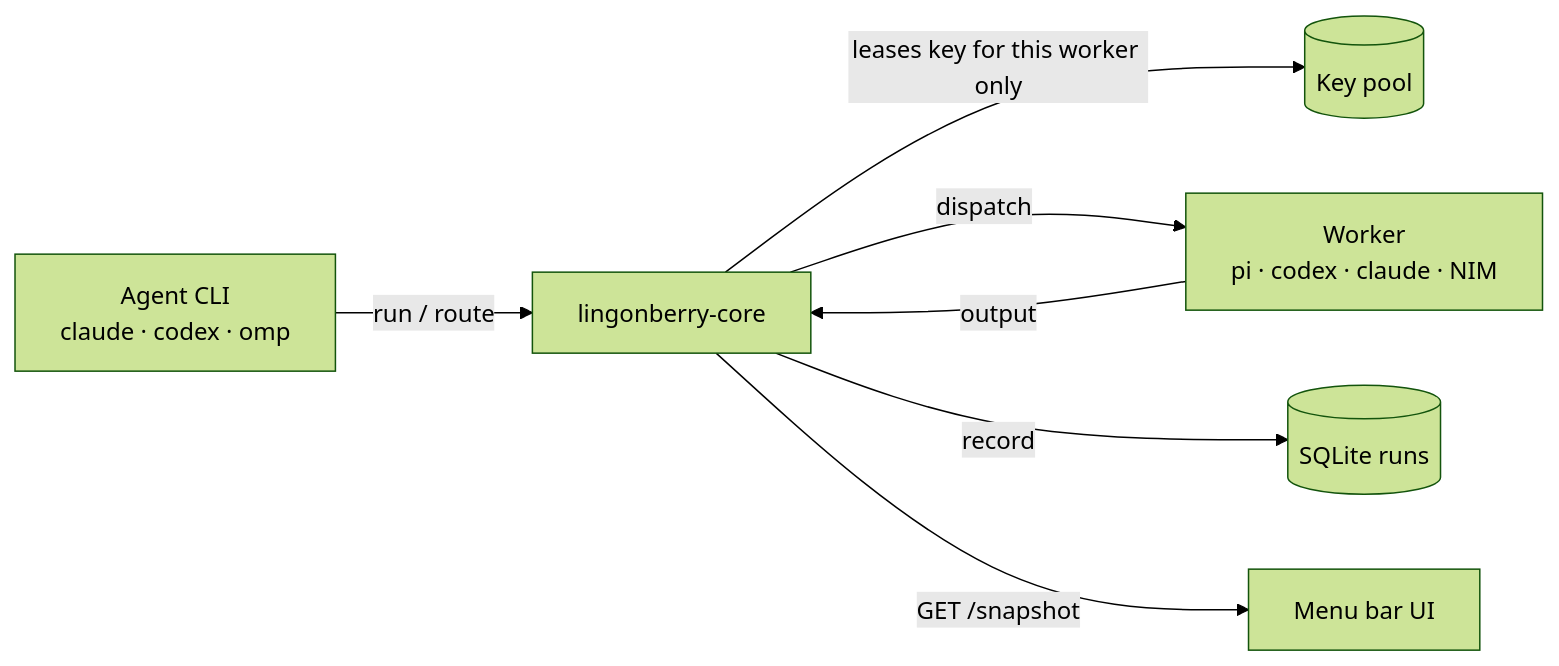
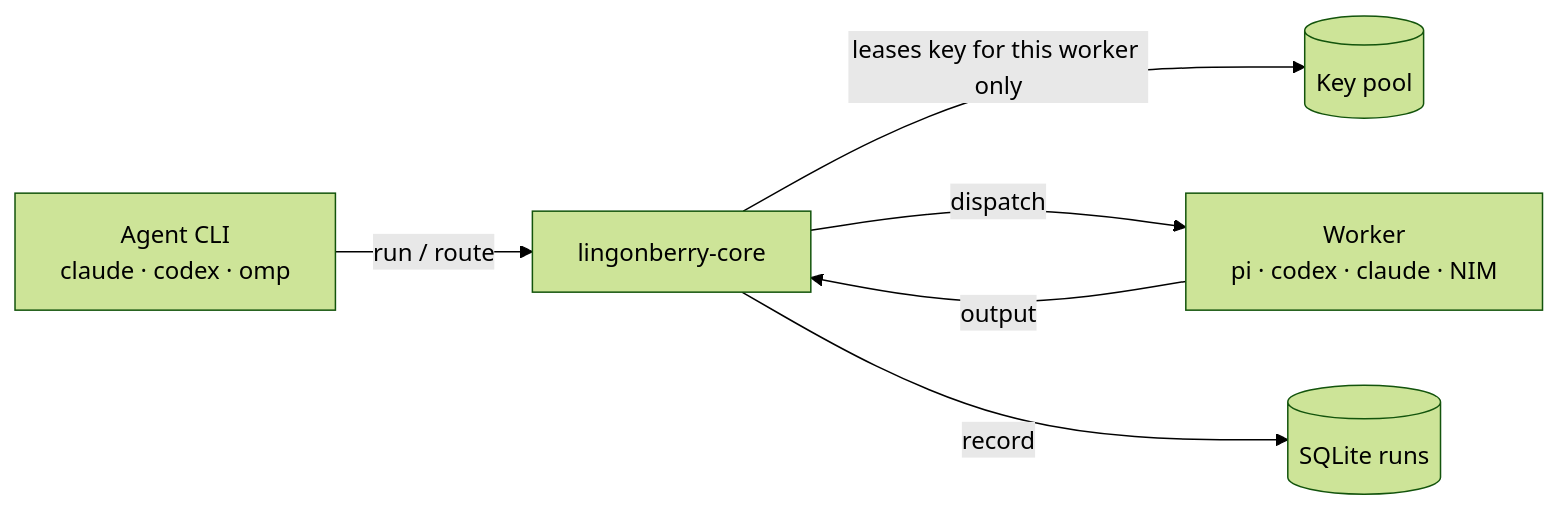
One commit to brusnyak/lingonberry-router changed the diagram in README.md. Above: the diagram before and after it, drawn with Mermaid (forest theme). The commit also changed other lines of this file and 7 other files, not shown here.

Commit message:
Remove menu-bar app; CLI-only repo; CI checkout v5; AI Studio handoff

````diff
--- a/README.md
+++ b/README.md
@@ -45,9 +37,8 @@
 ```mermaid
 flowchart LR
     A[Agent CLI<br/>claude · codex · omp] -->|run / route| R[lingonberry-core]
     R -->|leases key for this worker only| K[(Key pool)]
     R -->|dispatch| W[Worker<br/>pi · codex · claude · NIM]
     W -->|output| R
     R -->|record| D[(SQLite runs)]
-    R -->|GET /snapshot| U[Menu bar UI]
 ```
````
